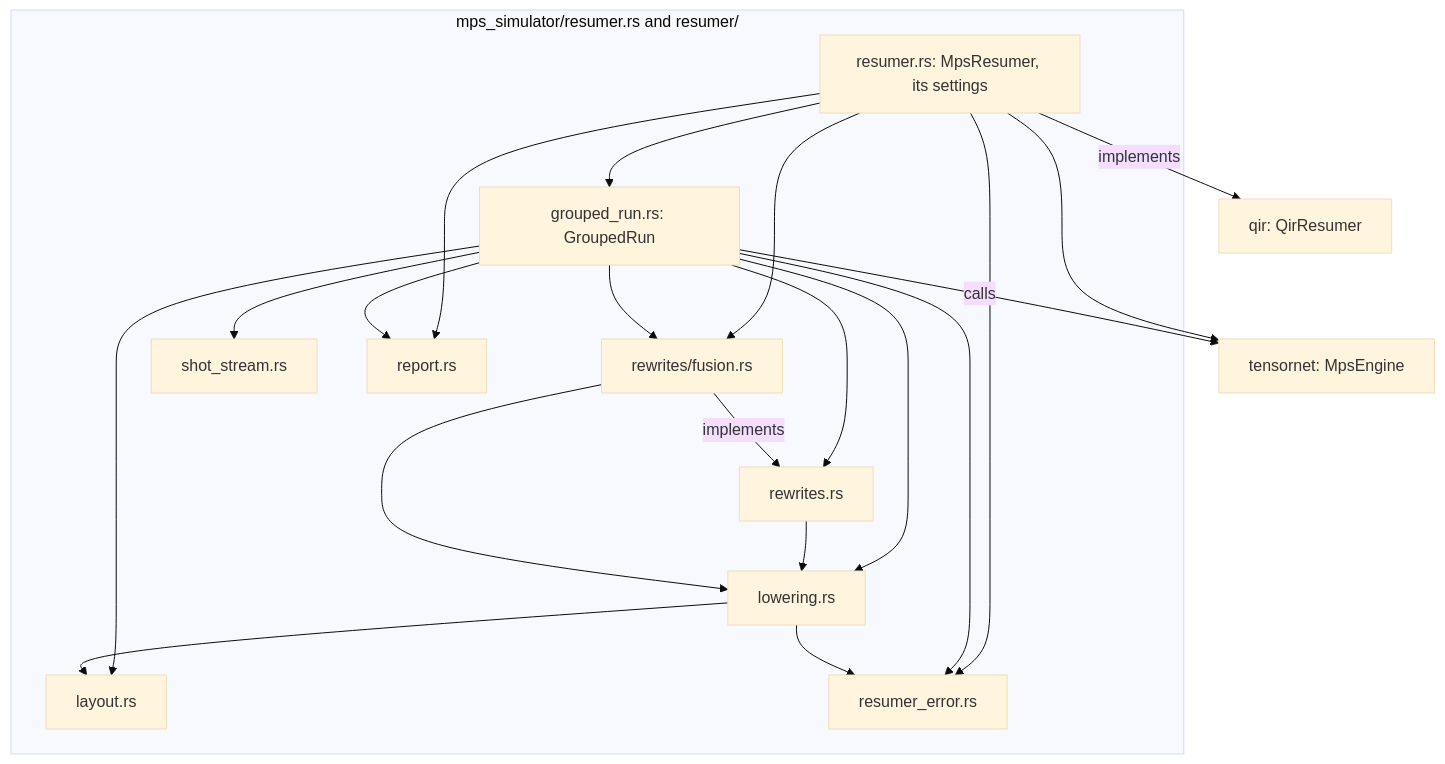
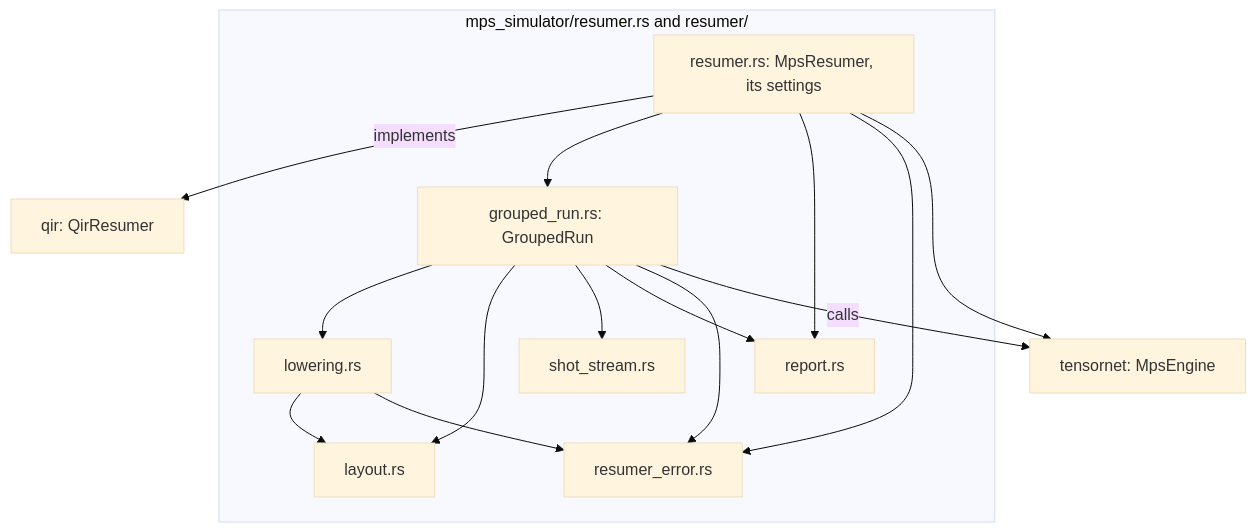
One commit to microsoft/qdk changed the second of 2 diagrams in source/simulators/src/mps_simulator/README.md. Above: the diagram before and after it, drawn with Mermaid (base theme). The commit also changed other lines of this file and 12 other files, not shown here.

````diff
--- a/source/simulators/src/mps_simulator/README.md
+++ b/source/simulators/src/mps_simulator/README.md
@@ -122,25 +120,20 @@
 ```mermaid
 flowchart TD
   subgraph resumer_dir["mps_simulator/resumer.rs and resumer/"]
     res["resumer.rs: MpsResumer, its settings"]
     run["grouped_run.rs: GroupedRun"]
     low["lowering.rs"]
-    rw["rewrites.rs"]
-    fus["rewrites/fusion.rs"]
     lay["layout.rs"]
     ss["shot_stream.rs"]
     rep["report.rs"]
     err["resumer_error.rs"]
   end
   qir["qir: QirResumer"]
   tn["tensornet: MpsEngine"]
   res -->|implements| qir
-  res --> run & fus & rep & err
+  res --> run & rep & err
   res --> tn
-  run --> low & rw & fus & lay & ss & rep & err
-  rw --> low
-  fus -->|implements| rw
-  fus --> low
+  run --> low & lay & ss & rep & err
   low --> lay & err
   run -->|calls| tn
 ```
````
